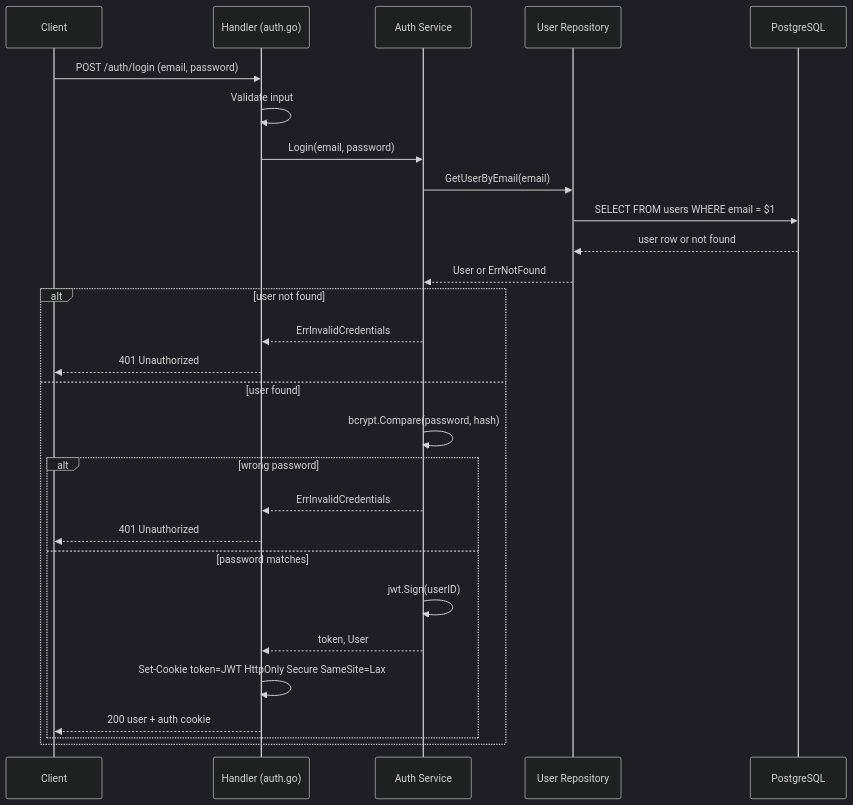
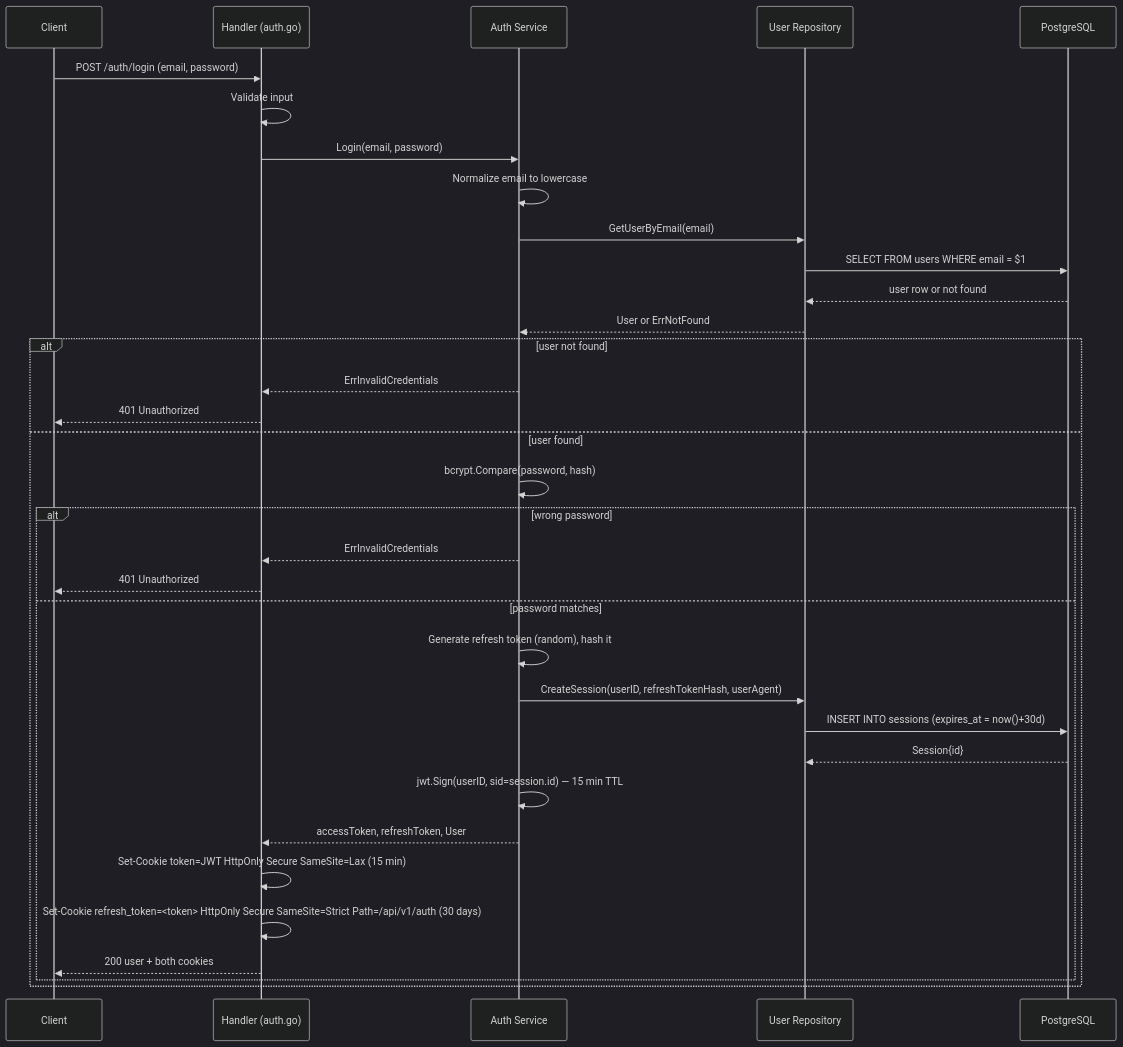
The second of 13 diagrams in backend/docs/flows.md (ppinedo0714/a-couple-of-coins), drawn with Mermaid (dark theme) before and after one commit. The commit also changed other lines of this file and 3 other files, not shown here.

````diff
--- a/backend/docs/flows.md
+++ b/backend/docs/flows.md
@@ -35,31 +43,37 @@
 ```mermaid
 sequenceDiagram
     participant C as Client
     participant H as Handler (auth.go)
     participant S as Auth Service
     participant R as User Repository
     participant DB as PostgreSQL
 
     C->>H: POST /auth/login (email, password)
     H->>H: Validate input
     H->>S: Login(email, password)
+    S->>S: Normalize email to lowercase
     S->>R: GetUserByEmail(email)
     R->>DB: SELECT FROM users WHERE email = $1
     DB-->>R: user row or not found
     R-->>S: User or ErrNotFound
     alt user not found
         S-->>H: ErrInvalidCredentials
         H-->>C: 401 Unauthorized
     else user found
         S->>S: bcrypt.Compare(password, hash)
         alt wrong password
             S-->>H: ErrInvalidCredentials
             H-->>C: 401 Unauthorized
         else password matches
-            S->>S: jwt.Sign(userID)
-            S-->>H: token, User
-            H->>H: Set-Cookie token=JWT HttpOnly Secure SameSite=Lax
-            H-->>C: 200 user + auth cookie
+            S->>S: Generate refresh token (random), hash it
+            S->>R: CreateSession(userID, refreshTokenHash, userAgent)
+            R->>DB: INSERT INTO sessions (expires_at = now()+30d)
+            DB-->>R: Session{id}
+            S->>S: jwt.Sign(userID, sid=session.id) — 15 min TTL
+            S-->>H: accessToken, refreshToken, User
+            H->>H: Set-Cookie token=JWT HttpOnly Secure SameSite=Lax (15 min)
+            H->>H: Set-Cookie refresh_token=<token> HttpOnly Secure SameSite=Strict Path=/api/v1/auth (30 days)
+            H-->>C: 200 user + both cookies
         end
     end
 ```
````
